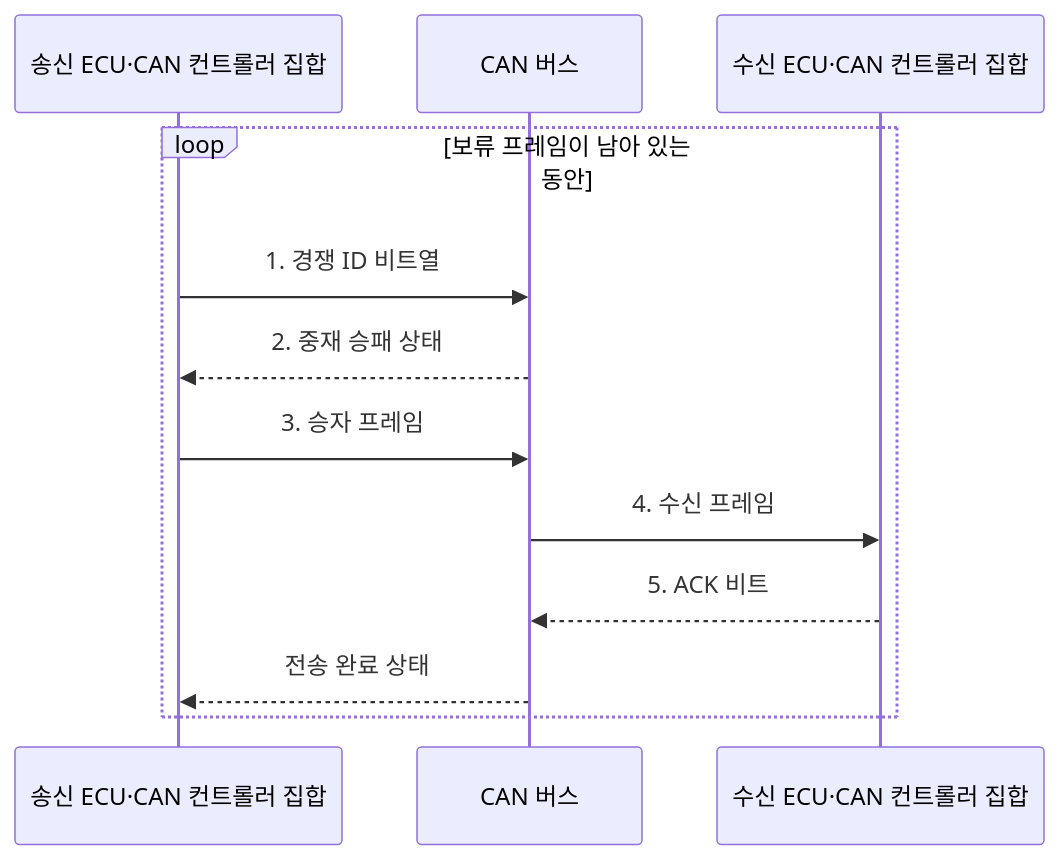
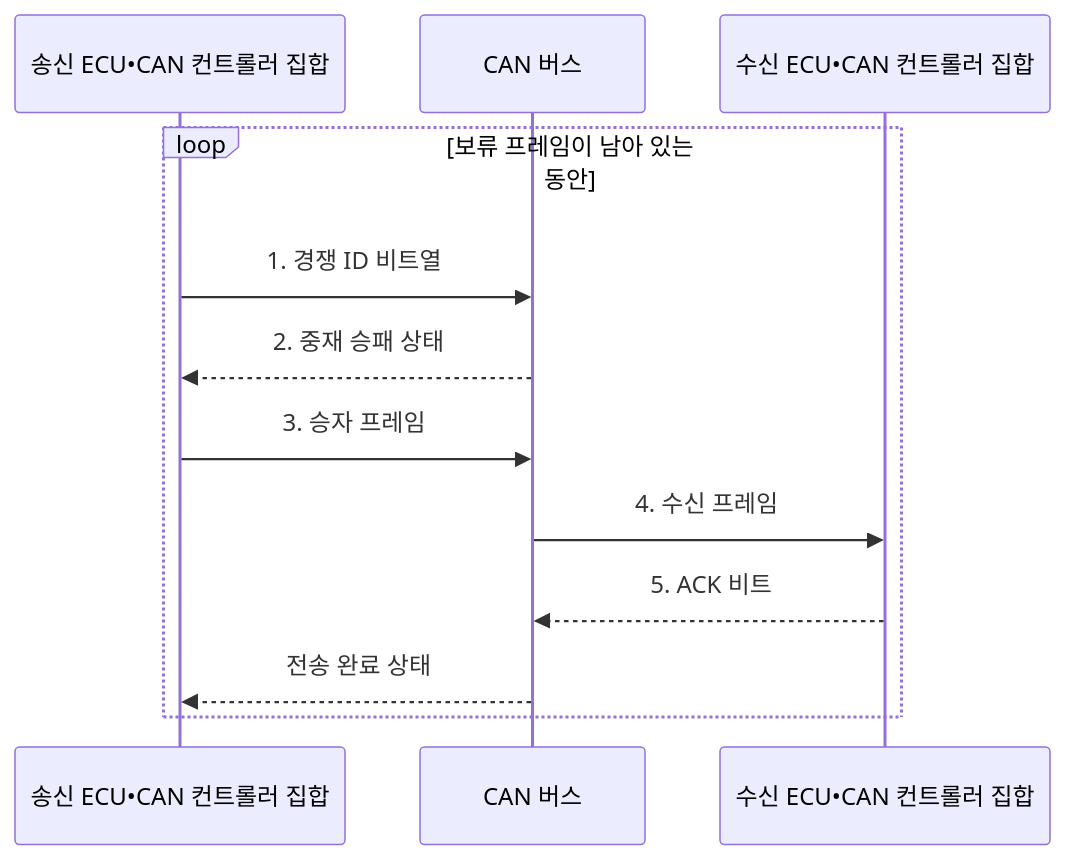
The second of 2 diagrams in src/content/docs/notes/02-hardware/066_can_bus.md (agnusdei1207/knowledge-base), drawn with Mermaid before and after one commit. The commit also changed other lines of this file and 953 other files, not shown here.

````diff
--- a/src/content/docs/notes/02-hardware/066_can_bus.md
+++ b/src/content/docs/notes/02-hardware/066_can_bus.md
@@ -101,15 +101,15 @@
 ```mermaid
 sequenceDiagram
-    participant S as 송신 ECU·CAN 컨트롤러 집합
+    participant S as 송신 ECU•CAN 컨트롤러 집합
     participant W as CAN 버스
-    participant R as 수신 ECU·CAN 컨트롤러 집합
+    participant R as 수신 ECU•CAN 컨트롤러 집합
 
     loop 보류 프레임이 남아 있는 동안
         S->>W: 1. 경쟁 ID 비트열
         W-->>S: 2. 중재 승패 상태
         S->>W: 3. 승자 프레임
         W->>R: 4. 수신 프레임
         R-->>W: 5. ACK 비트
         W-->>S: 전송 완료 상태
     end
 ```
````
